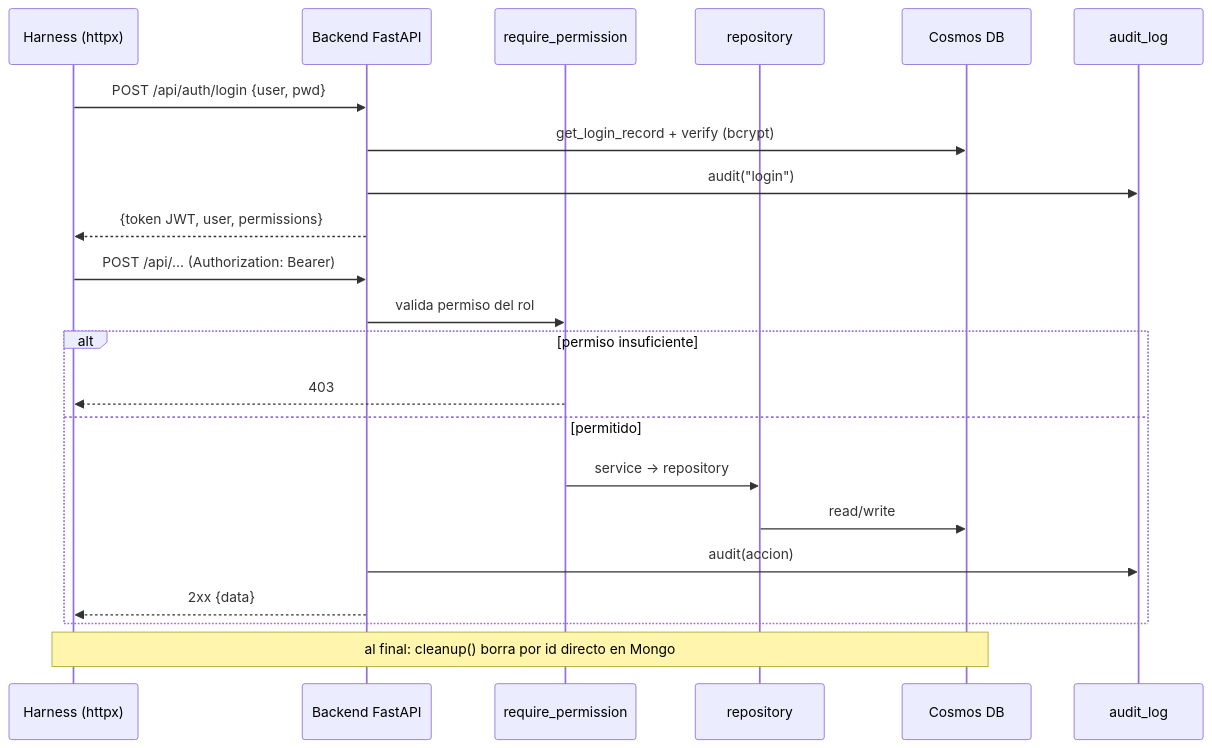
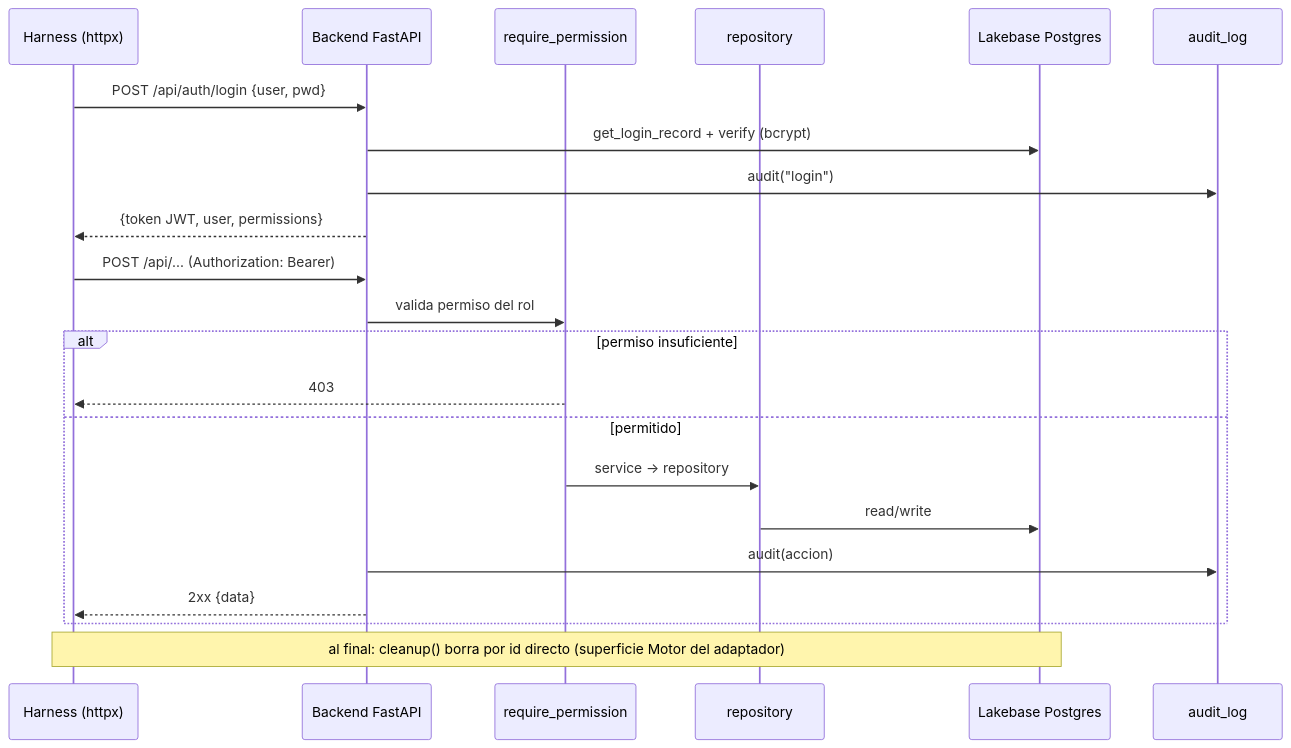
Before and after one commit to Carlosmps97/backend-data-model-hub: the fourth of 6 diagrams in doc/testing.md, drawn with Mermaid. The commit also changed other lines of this file and 8 other files, not shown here.

````diff
--- a/doc/testing.md
+++ b/doc/testing.md
@@ -392,25 +456,25 @@
 ```mermaid
 sequenceDiagram
     participant H as Harness (httpx)
     participant API as Backend FastAPI
     participant RBAC as require_permission
     participant Repo as repository
-    participant DB as Cosmos DB
+    participant DB as Lakebase Postgres
     participant Aud as audit_log
 
     H->>API: POST /api/auth/login {user, pwd}
     API->>DB: get_login_record + verify (bcrypt)
     API->>Aud: audit("login")
     API-->>H: {token JWT, user, permissions}
     H->>API: POST /api/... (Authorization: Bearer)
     API->>RBAC: valida permiso del rol
     alt permiso insuficiente
         RBAC-->>H: 403
     else permitido
         RBAC->>Repo: service -> repository
         Repo->>DB: read/write
         API->>Aud: audit(accion)
         API-->>H: 2xx {data}
     end
-    Note over H,DB: al final: cleanup() borra por id directo en Mongo
+    Note over H,DB: al final: cleanup() borra por id directo (superficie Motor del adaptador)
 ```
````
